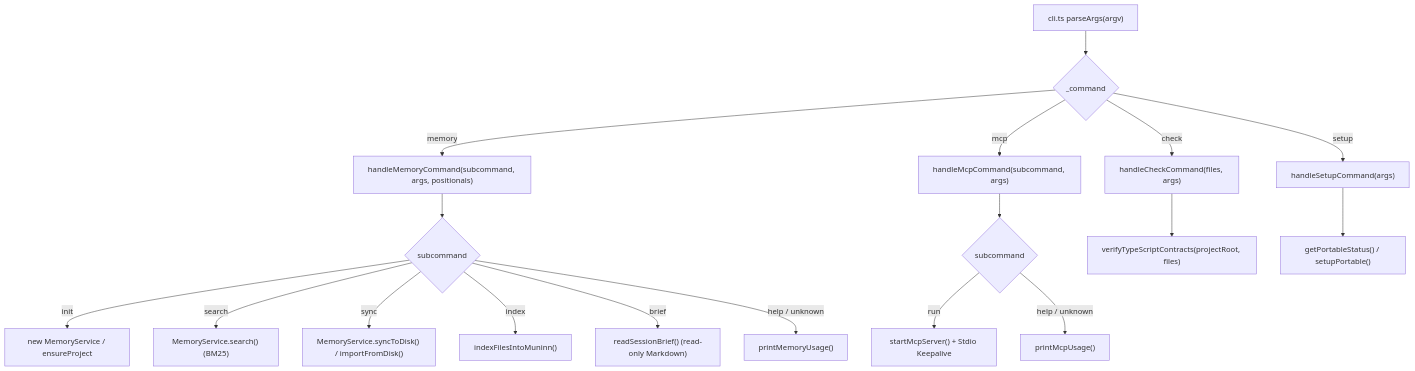
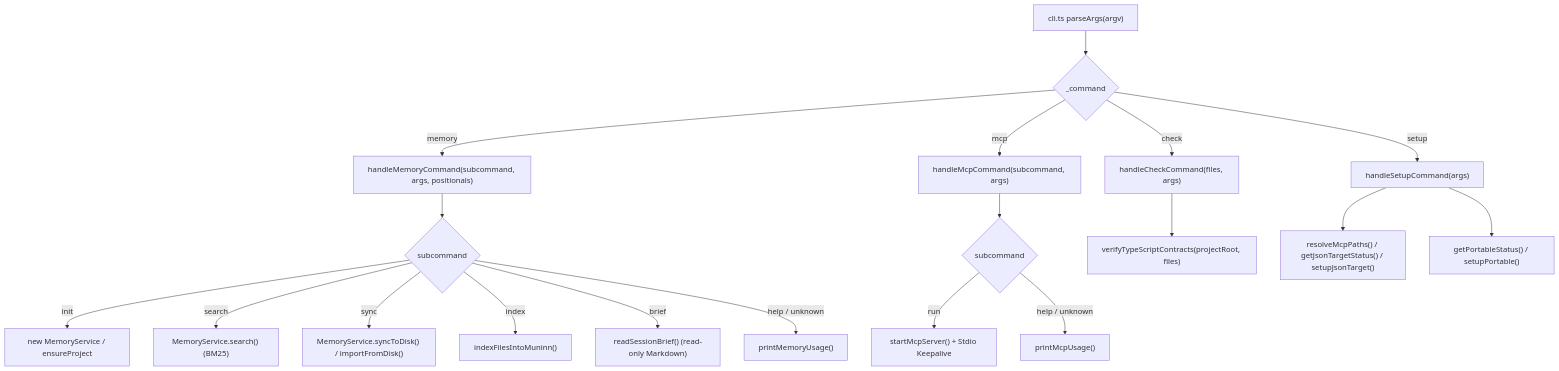
One commit to dahch/muninn changed the seventh of 11 diagrams in DESIGN.md. Above: the diagram before and after it, drawn with Mermaid. The commit also changed other lines of this file and 13 other files, not shown here.

````diff
--- a/DESIGN.md
+++ b/DESIGN.md
@@ -621,24 +621,25 @@
 ```mermaid
 flowchart TD
     CLI["cli.ts parseArgs(argv)"] --> DISPATCH{"_command"}
     DISPATCH -- "memory" --> MEM["handleMemoryCommand(subcommand, args, positionals)"]
     DISPATCH -- "mcp" --> MCP["handleMcpCommand(subcommand, args)"]
     DISPATCH -- "check" --> CHK["handleCheckCommand(files, args)"]
     DISPATCH -- "setup" --> SETUP["handleSetupCommand(args)"]
 
     MEM --> SUBCMD{"subcommand"}
     SUBCMD -- "init" --> INIT["new MemoryService / ensureProject"]
     SUBCMD -- "search" --> SRCH["MemoryService.search() (BM25)"]
     SUBCMD -- "sync" --> SYNC["MemoryService.syncToDisk() / importFromDisk()"]
     SUBCMD -- "index" --> IDX["indexFilesIntoMuninn()"]
     SUBCMD -- "brief" --> BRIEF["readSessionBrief() (read-only Markdown)"]
     SUBCMD -- "help / unknown" --> USAGE["printMemoryUsage()"]
 
     MCP --> MCPSUBCMD{"subcommand"}
     MCPSUBCMD -- "run" --> RUN["startMcpServer() + Stdio Keepalive"]
     MCPSUBCMD -- "help / unknown" --> MCPUSAGE["printMcpUsage()"]
 
     CHK --> CHKRUN["verifyTypeScriptContracts(projectRoot, files)"]
 
+    SETUP --> SETUPAGENTS["resolveMcpPaths() / getJsonTargetStatus() / setupJsonTarget()"]
     SETUP --> SETUPPORTABLE["getPortableStatus() / setupPortable()"]
 ```
````
